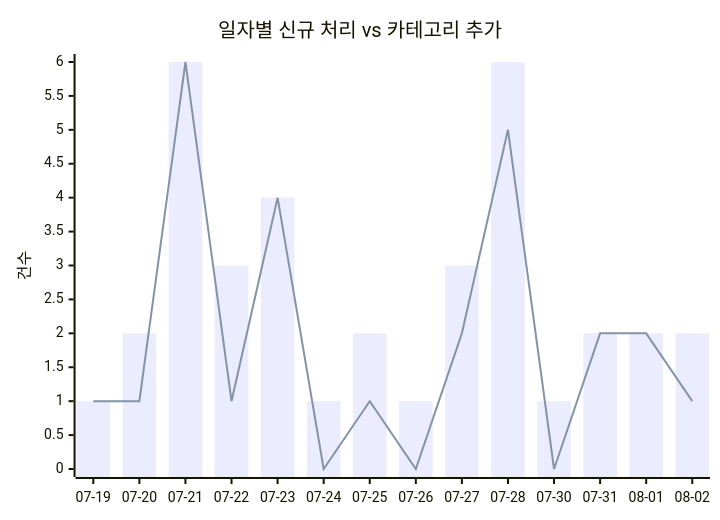
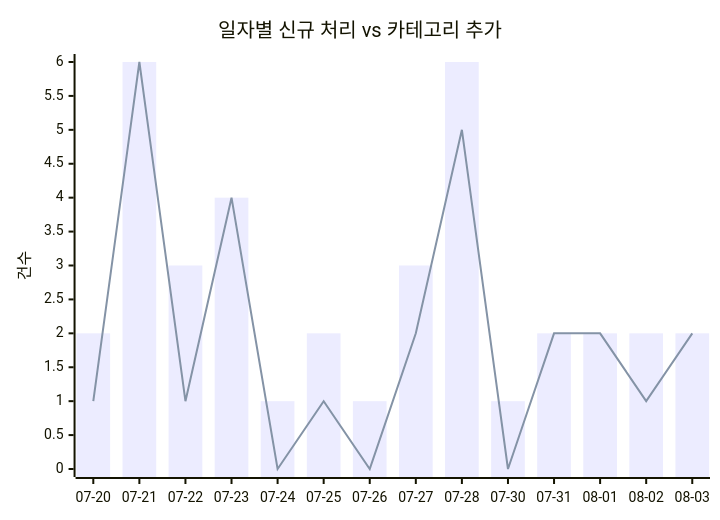
The first of 2 diagrams in docs/trends.md (J-nowcow/awesome-korean-agent-skills), drawn with Mermaid before and after one commit. The commit also changed other lines of this file and 5 other files, not shown here.

````diff
--- a/docs/trends.md
+++ b/docs/trends.md
@@ -32,8 +32,8 @@
 ```mermaid
 xychart-beta
     title "일자별 신규 처리 vs 카테고리 추가"
-    x-axis ["07-19","07-20","07-21","07-22","07-23","07-24","07-25","07-26","07-27","07-28","07-30","07-31","08-01","08-02"]
+    x-axis ["07-20","07-21","07-22","07-23","07-24","07-25","07-26","07-27","07-28","07-30","07-31","08-01","08-02","08-03"]
     y-axis "건수"
-    bar [1,2,6,3,4,1,2,1,3,6,1,2,2,2]
-    line [1,1,6,1,4,0,1,0,2,5,0,2,2,1]
+    bar [2,6,3,4,1,2,1,3,6,1,2,2,2,2]
+    line [1,6,1,4,0,1,0,2,5,0,2,2,1,2]
 ```
````
